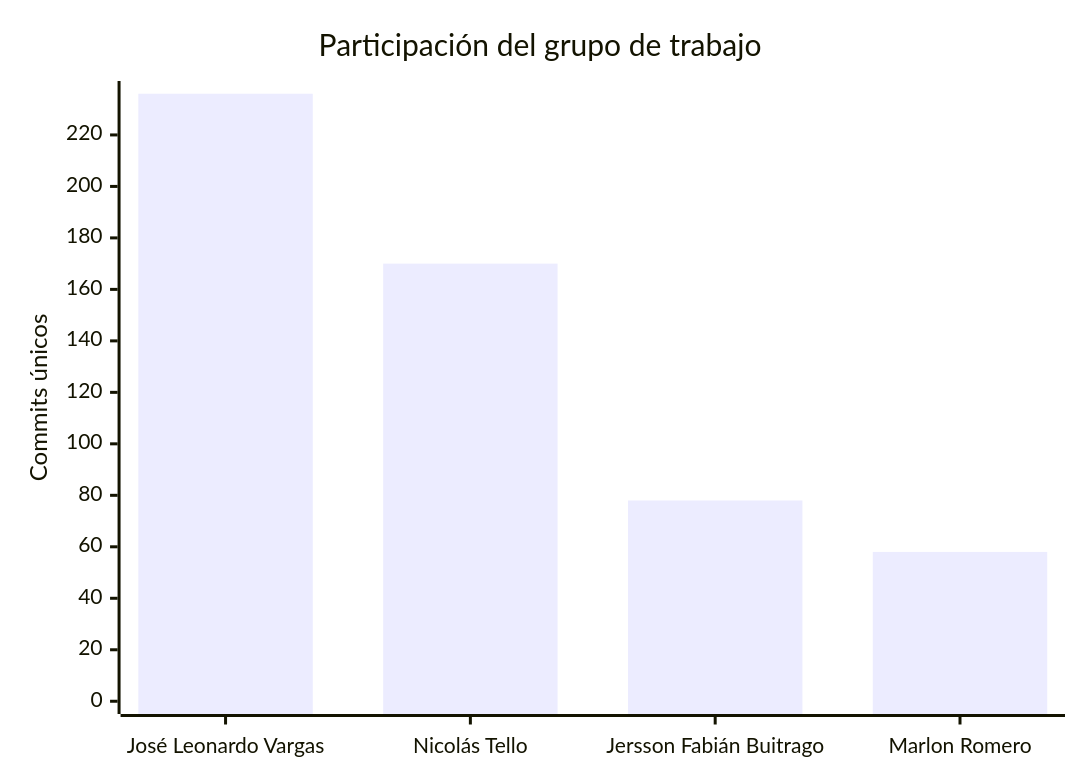
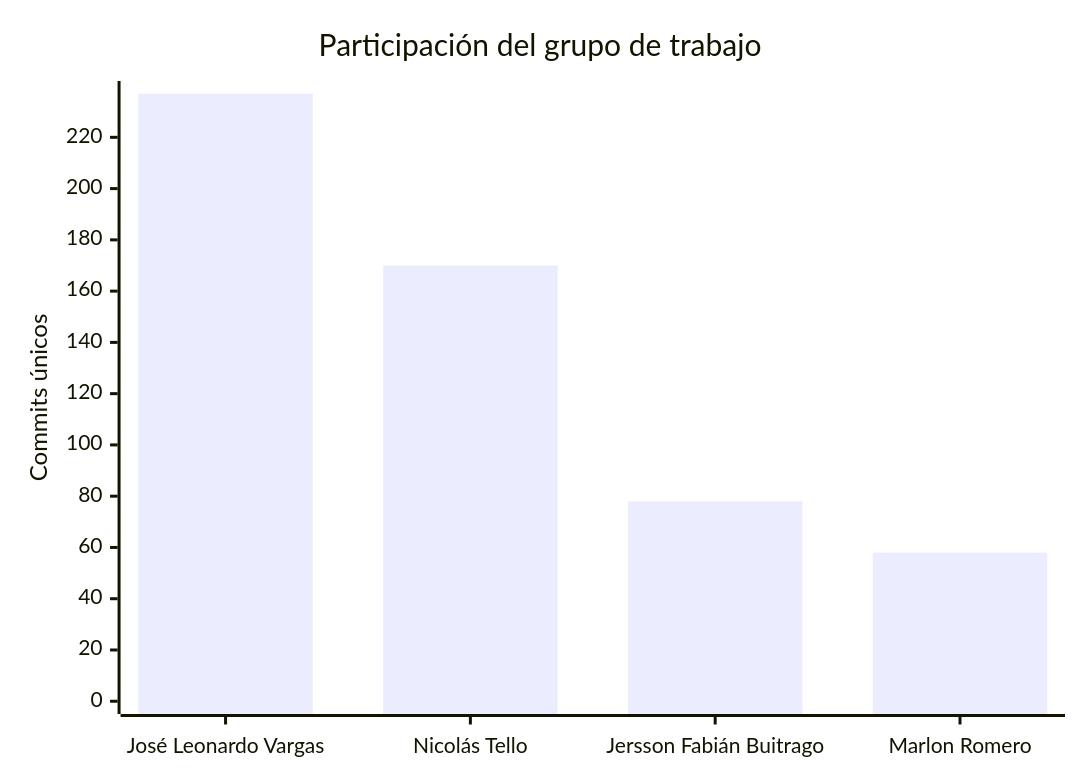
The second of 2 diagrams in README.md (FarmaExpres/FarmaExpres), drawn with Mermaid before and after one commit. The commit also changed other lines of this file and 1 other file, not shown here.

````diff
--- a/README.md
+++ b/README.md
@@ -401,7 +401,7 @@
 ```mermaid
 xychart-beta
     title "Participación del grupo de trabajo"
     x-axis ["José Leonardo Vargas", "Nicolás Tello", "Jersson Fabián Buitrago", "Marlon Romero"]
-    y-axis "Commits únicos" 0 --> 236
-    bar [236, 170, 78, 58]
+    y-axis "Commits únicos" 0 --> 237
+    bar [237, 170, 78, 58]
 ```
````
